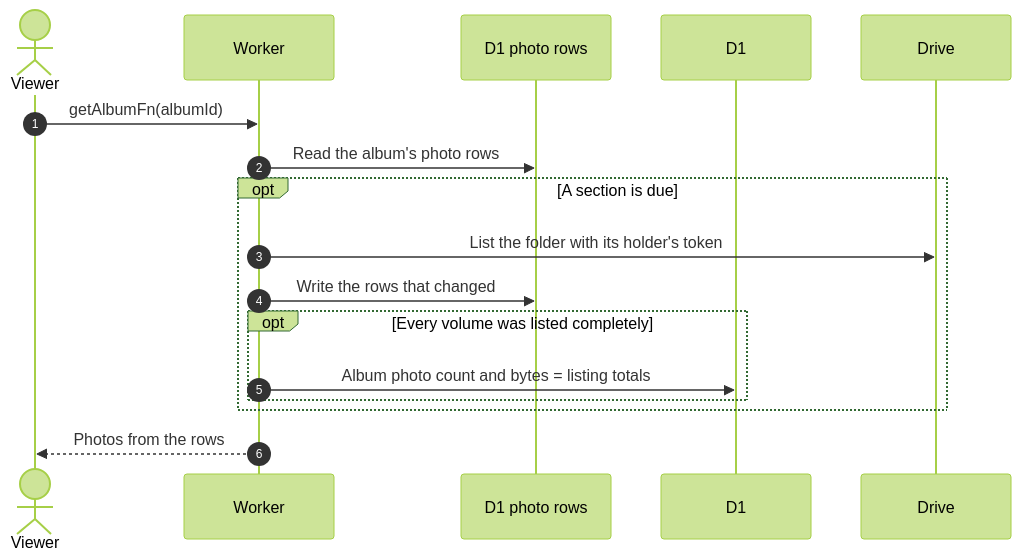
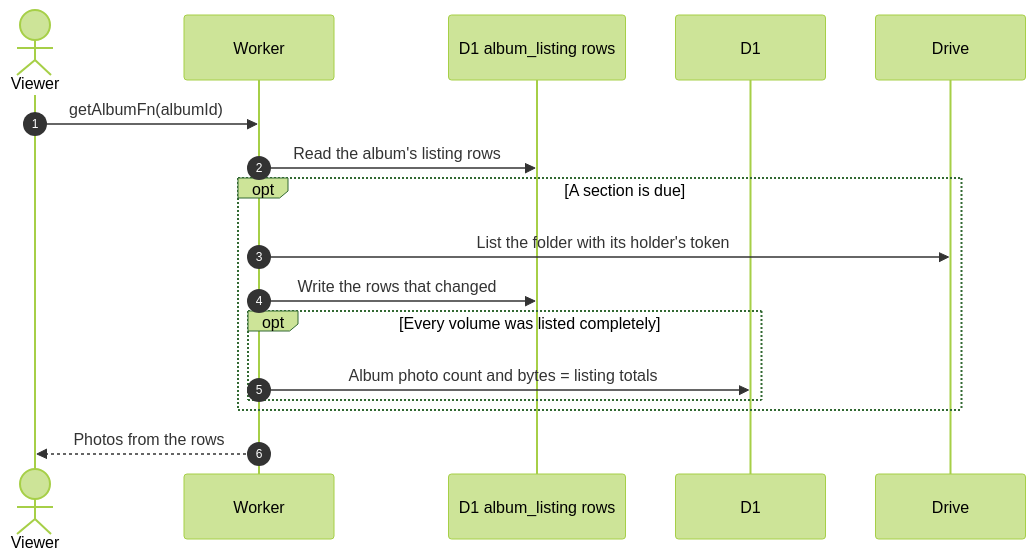
The diagram in docs/scenarios/member/albums/legacy.md (sagyzdop/meriksirat), drawn with Mermaid (forest theme) before and after one commit. The commit also changed other lines of this file and 13 other files, not shown here.

Commit message:
docs: document album_listing and move kv scenarios to state

````diff
--- a/docs/scenarios/member/albums/legacy.md
+++ b/docs/scenarios/member/albums/legacy.md
@@ -9,19 +9,19 @@
 ```mermaid
 sequenceDiagram
     autonumber
     actor U as Viewer
     participant W as Worker
-    participant K as D1 photo rows
+    participant K as D1 album_listing rows
     participant D as D1
     participant G as Drive
     U->>W: getAlbumFn(albumId)
-    W->>K: Read the album's photo rows
+    W->>K: Read the album's listing rows
     opt A section is due
         W->>G: List the folder with its holder's token
         W->>K: Write the rows that changed
         opt Every volume was listed completely
             W->>D: Album photo count and bytes = listing totals
         end
     end
     W-->>U: Photos from the rows
 ```
````
